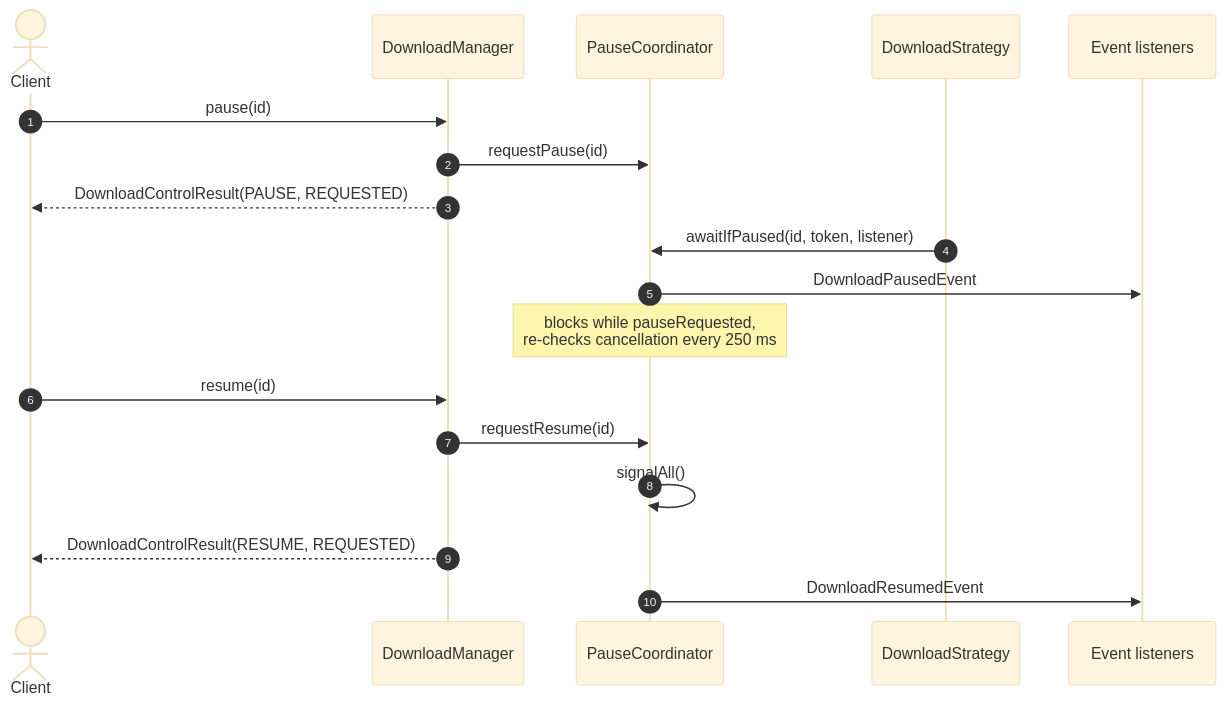
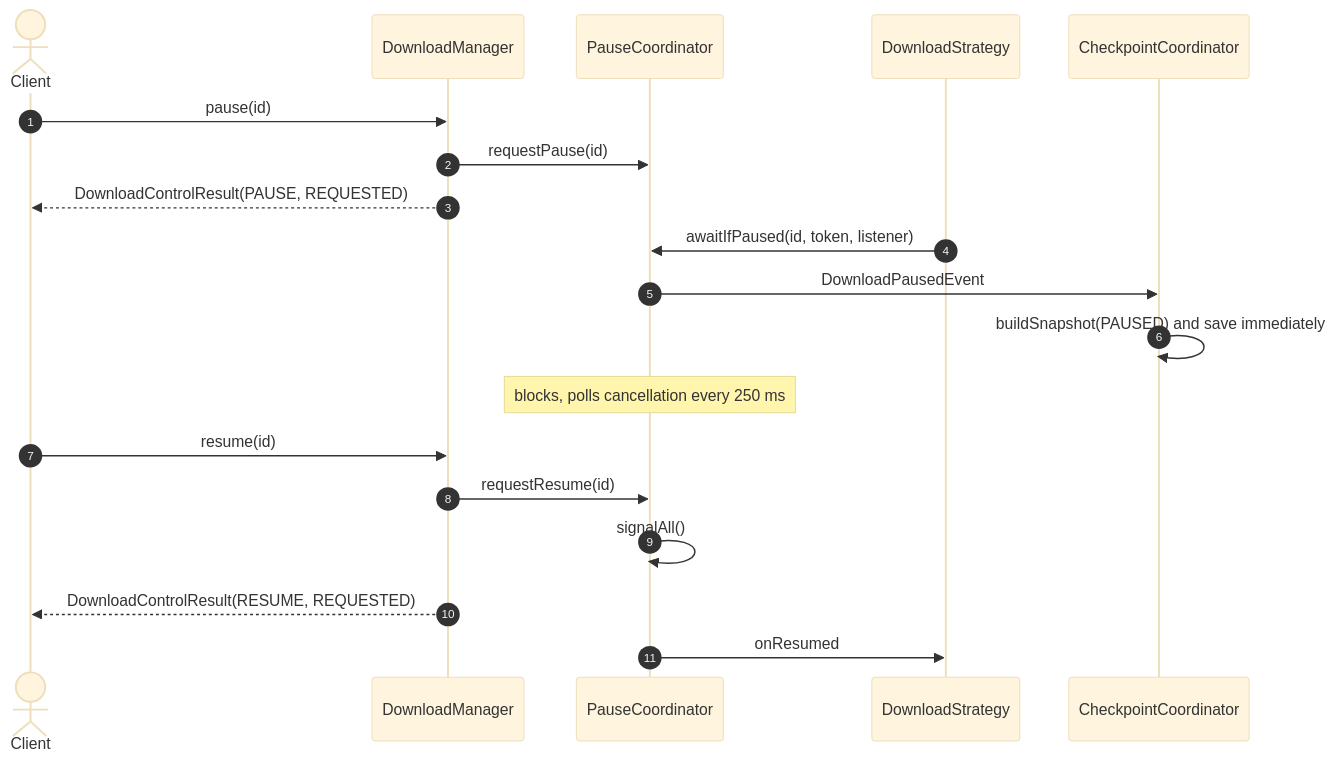
One commit to jsanca/Katabasis changed the second of 3 diagrams in docs/knowledge/flows/download-lifecycle.md. Above: the diagram before and after it, drawn with Mermaid (base theme). The commit also changed other lines of this file and 13 other files, not shown here.

Commit message:
K-KNOWLEDGE-CURATE-001: refresh architecture knowledge at f999777

````diff
--- a/docs/knowledge/flows/download-lifecycle.md
+++ b/docs/knowledge/flows/download-lifecycle.md
@@ -56,21 +58,22 @@
 ```mermaid
 sequenceDiagram
     autonumber
     actor Client
     participant Manager as DownloadManager
     participant Pause as PauseCoordinator
     participant Strategy as DownloadStrategy
-    participant Events as Event listeners
+    participant Coord as CheckpointCoordinator
 
     Client->>Manager: pause(id)
     Manager->>Pause: requestPause(id)
     Manager-->>Client: DownloadControlResult(PAUSE, REQUESTED)
     Strategy->>Pause: awaitIfPaused(id, token, listener)
-    Pause->>Events: DownloadPausedEvent
-    Note over Pause: blocks while pauseRequested,<br/>re-checks cancellation every 250 ms
+    Pause->>Coord: DownloadPausedEvent
+    Coord->>Coord: buildSnapshot(PAUSED) and save immediately
+    Note over Pause: blocks, polls cancellation every 250 ms
     Client->>Manager: resume(id)
     Manager->>Pause: requestResume(id)
     Pause->>Pause: signalAll()
     Manager-->>Client: DownloadControlResult(RESUME, REQUESTED)
-    Pause->>Events: DownloadResumedEvent
+    Pause->>Strategy: onResumed
 ```
````
